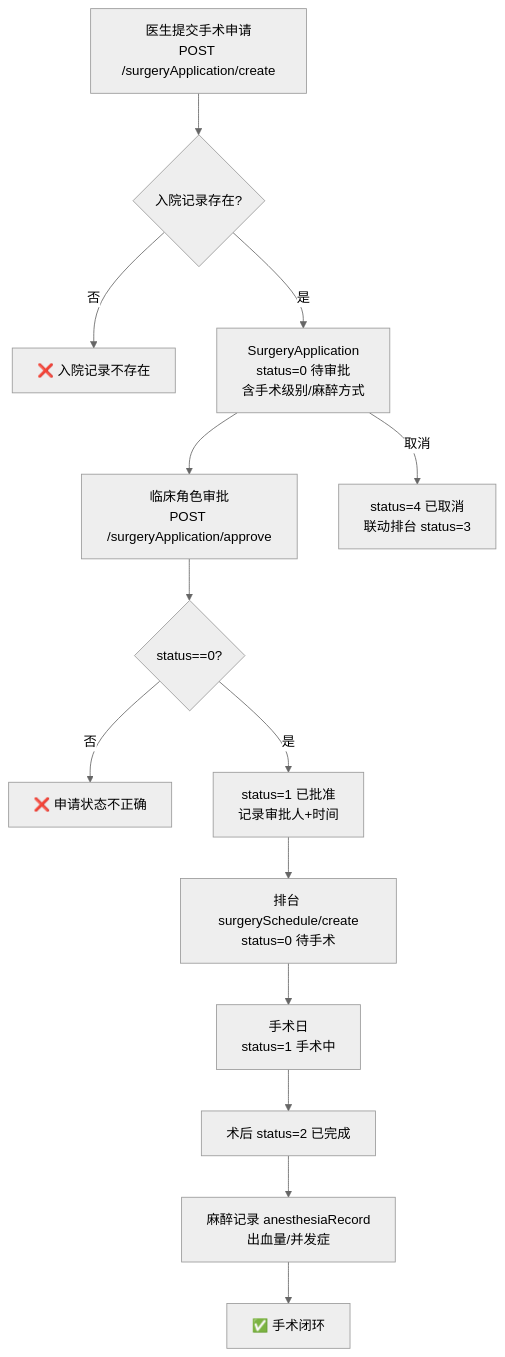
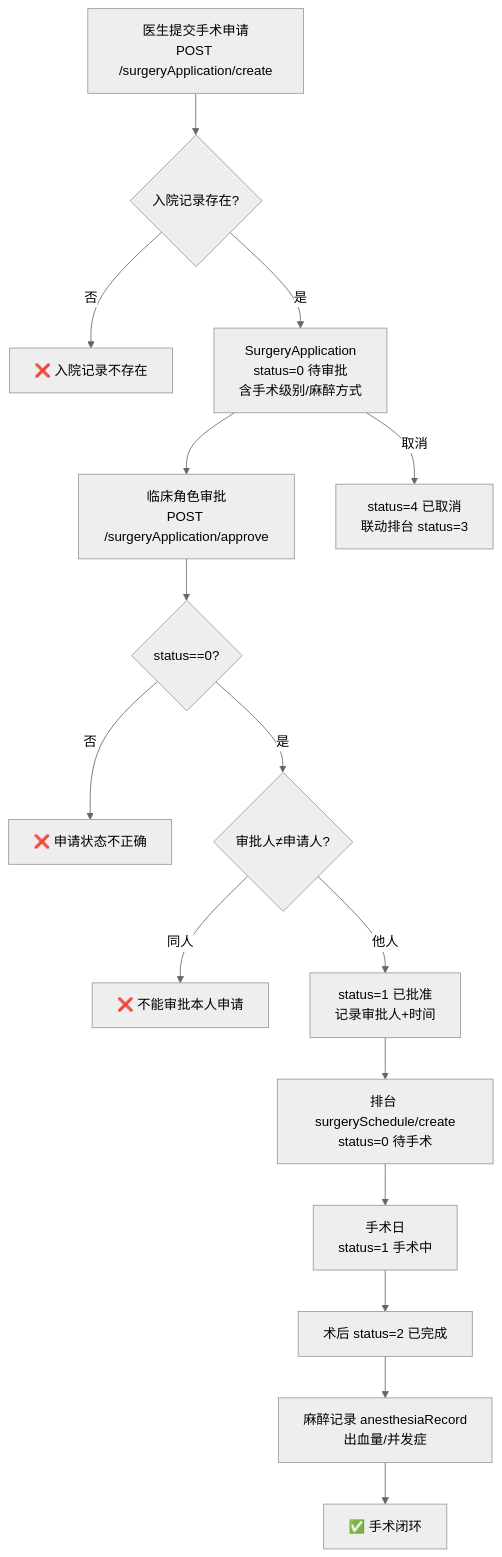
Before and after one commit to Palpitate-xus/hoimsystem: the fifth of 7 diagrams in doc/flowcharts/03-住院手术.md, drawn with Mermaid (neutral theme). The commit also changed other lines of this file and 3 other files, not shown here.

First line of the commit message:
docs(flowcharts): reflect second-round audit fixes in business flow diagrams

````diff
--- a/doc/flowcharts/03-住院手术.md
+++ b/doc/flowcharts/03-住院手术.md
@@ -93,16 +94,18 @@
 ```mermaid
 flowchart TD
     A[医生提交手术申请<br/>POST /surgeryApplication/create] --> B{入院记录存在?}
     B -- 否 --> C[❌ 入院记录不存在]
     B -- 是 --> D[SurgeryApplication<br/>status=0 待审批<br/>含手术级别/麻醉方式]
     D --> E[临床角色审批<br/>POST /surgeryApplication/approve]
     E --> F{status==0?}
     F -- 否 --> G[❌ 申请状态不正确]
-    F -- 是 --> H[status=1 已批准<br/>记录审批人+时间]
+    F -- 是 --> F2{审批人≠申请人?}
+    F2 -- 同人 --> G2[❌ 不能审批本人申请]
+    F2 -- 他人 --> H[status=1 已批准<br/>记录审批人+时间]
     H --> I[排台 surgerySchedule/create<br/>status=0 待手术]
     I --> J[手术日<br/>status=1 手术中]
     J --> K[术后 status=2 已完成]
     K --> L[麻醉记录 anesthesiaRecord<br/>出血量/并发症]
     L --> M[✅ 手术闭环]
     D -- 取消 --> N[status=4 已取消<br/>联动排台 status=3]
 ```
````
